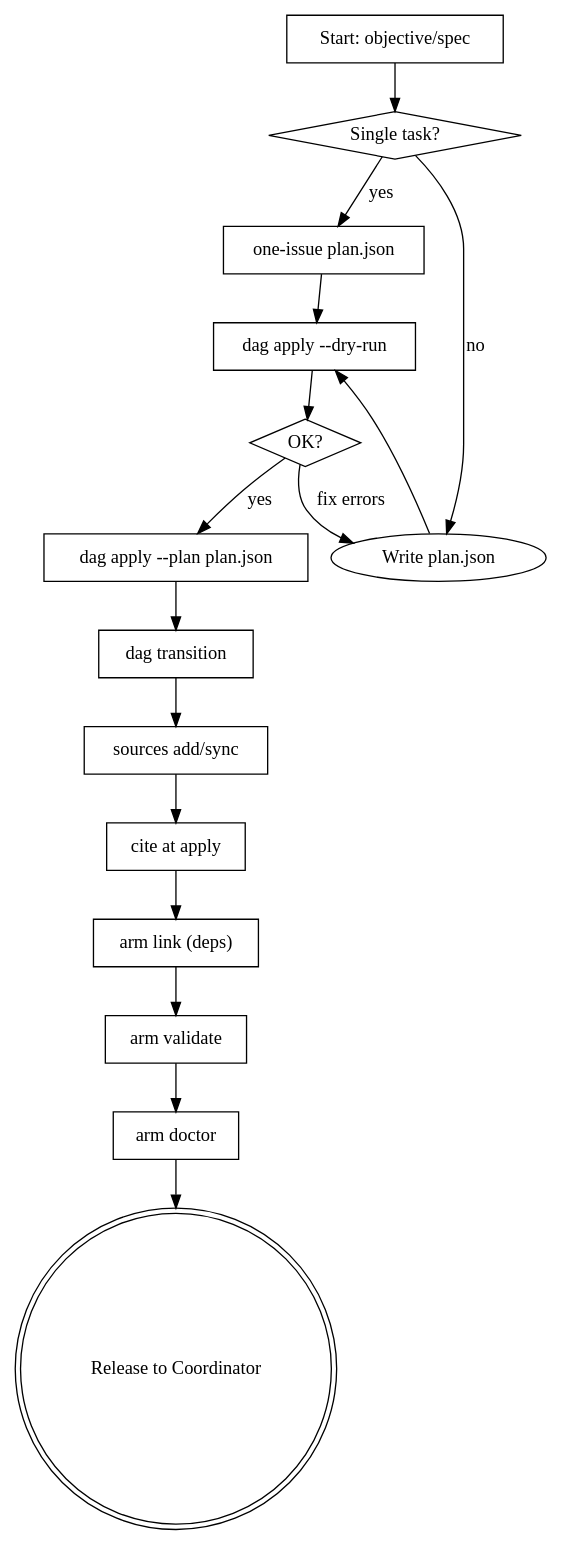
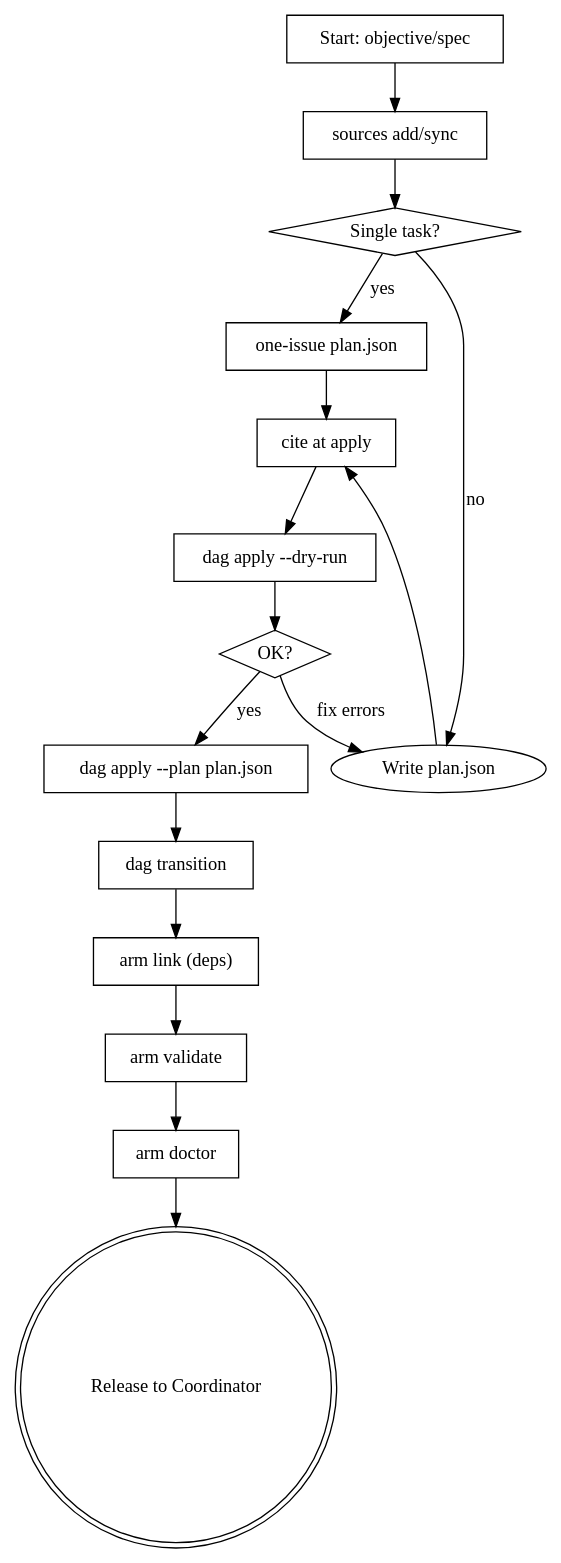
The diagram in internal/skillsembed/skills/armature-planner/SKILL.md (scullxbones/armature), drawn with Graphviz before and after one commit. The commit also changed 2 other files, not shown here.

Commit message:
fix(NXTTN-S4-T3): sync reviewer heading tests and planner source order
Keep review_skill_protocol_test.go headingSection selectors on the
escape-hatch 5b title. Register sources and cite-at-apply before dag
apply in the planner loop so the diagram is executable.

````diff
--- a/internal/skillsembed/skills/armature-planner/SKILL.md
+++ b/internal/skillsembed/skills/armature-planner/SKILL.md
@@ -44,33 +44,33 @@
 ```dot
 digraph planner_loop {
     "Start: objective/spec" [shape=box];
+    "sources add/sync" [shape=box];
     "Single task?" [shape=diamond];
     "one-issue plan.json" [shape=box];
+    "cite at apply" [shape=box];
     "dag apply --dry-run" [shape=box];
     "OK?" [shape=diamond];
     "dag apply --plan plan.json" [shape=box];
     "dag transition" [shape=box];
-    "sources add/sync" [shape=box];
-    "cite at apply" [shape=box];
     "arm link (deps)" [shape=box];
     "arm validate" [shape=box];
     "arm doctor" [shape=box];
     "Release to Coordinator" [shape=doublecircle];
 
-    "Start: objective/spec" -> "Single task?";
+    "Start: objective/spec" -> "sources add/sync";
+    "sources add/sync" -> "Single task?";
     "Single task?" -> "one-issue plan.json" [label="yes"];
     "Single task?" -> "Write plan.json" [label="no"];
-    "one-issue plan.json" -> "dag apply --dry-run";
-    "Write plan.json" -> "dag apply --dry-run";
+    "one-issue plan.json" -> "cite at apply";
+    "Write plan.json" -> "cite at apply";
+    "cite at apply" -> "dag apply --dry-run";
     "dag apply --dry-run" -> "OK?" ;
     "OK?" -> "Write plan.json" [label="fix errors"];
     "OK?" -> "dag apply --plan plan.json" [label="yes"];
     "dag apply --plan plan.json" -> "dag transition";
-    "dag transition" -> "sources add/sync";
-    "sources add/sync" -> "cite at apply";
-    "cite at apply" -> "arm link (deps)";
+    "dag transition" -> "arm link (deps)";
     "arm link (deps)" -> "arm validate";
     "arm validate" -> "arm doctor";
     "arm doctor" -> "Release to Coordinator";
 }
 ```
````
